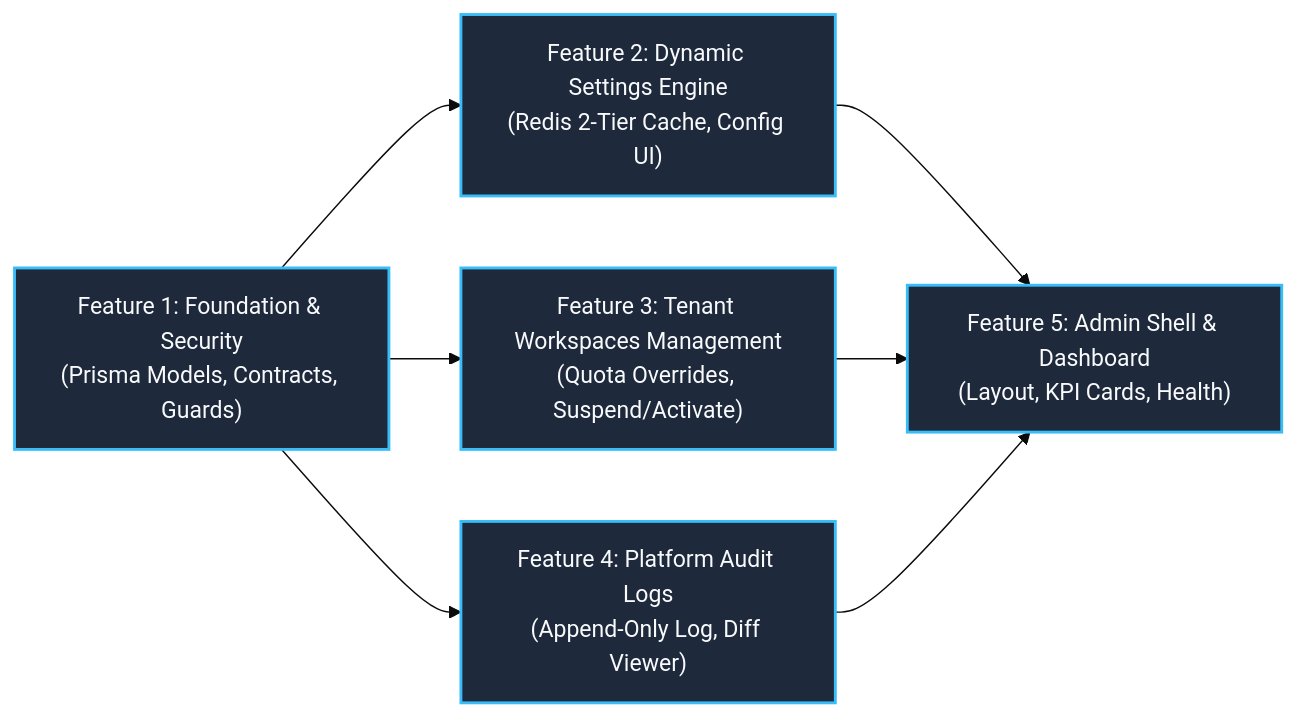
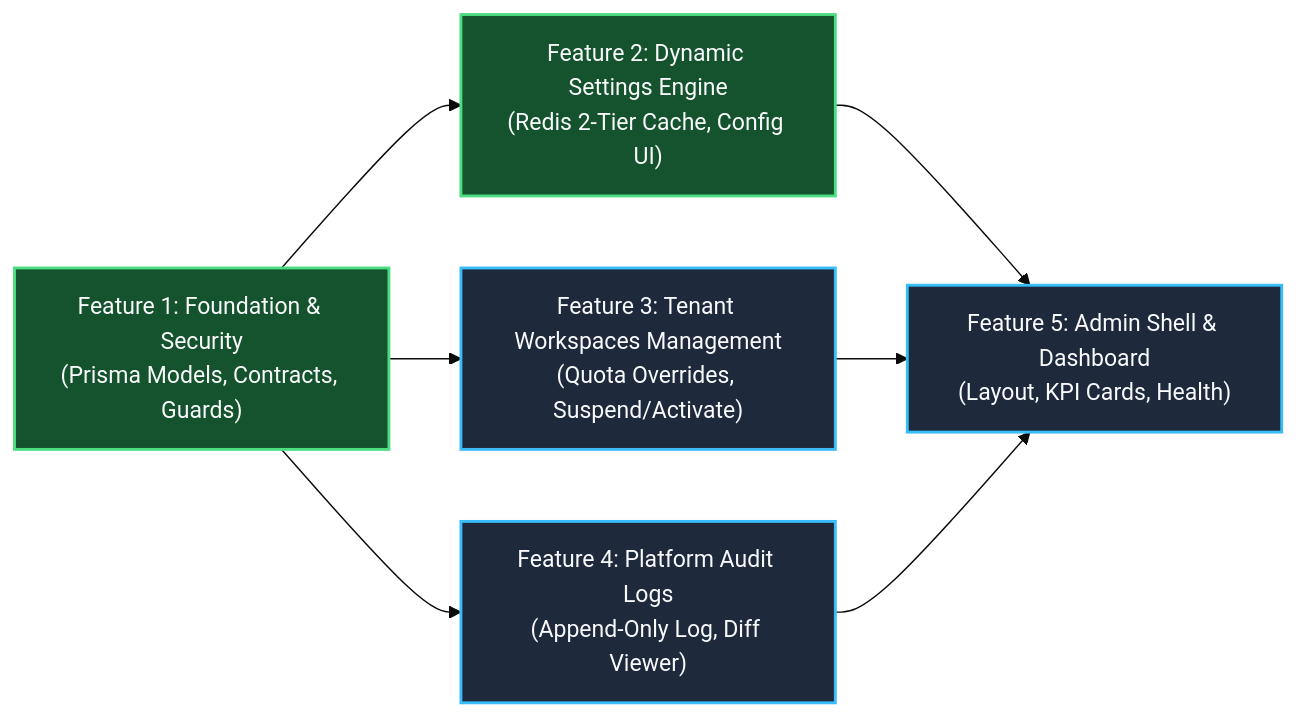
The diagram in docs/backlog/epic-super-admin.md (Mkhai205/sales-copilot), drawn with Mermaid (base theme) before and after one commit. The commit also changed other lines of this file and 17 other files, not shown here.

Commit message:
feat: Feature 2: Dynamic System Settings & 2-Tier Caching Engine (Khối B)

````diff
--- a/docs/backlog/epic-super-admin.md
+++ b/docs/backlog/epic-super-admin.md
@@ -23,17 +23,17 @@
 ```mermaid
 graph LR
     classDef done fill:#14532d,stroke:#4ade80,stroke-width:2px,color:#f8fafc;
     classDef active fill:#1e293b,stroke:#38bdf8,stroke-width:2px,color:#f8fafc;
     classDef future fill:#334155,stroke:#94a3b8,stroke-width:1px,color:#cbd5e1;
 
-    F1["Feature 1: Foundation & Security<br/>(Prisma Models, Contracts, Guards)"]:::active
-    F2["Feature 2: Dynamic Settings Engine<br/>(Redis 2-Tier Cache, Config UI)"]:::active
+    F1["Feature 1: Foundation & Security<br/>(Prisma Models, Contracts, Guards)"]:::done
+    F2["Feature 2: Dynamic Settings Engine<br/>(Redis 2-Tier Cache, Config UI)"]:::done
     F3["Feature 3: Tenant Workspaces Management<br/>(Quota Overrides, Suspend/Activate)"]:::active
     F4["Feature 4: Platform Audit Logs<br/>(Append-Only Log, Diff Viewer)"]:::active
     F5["Feature 5: Admin Shell & Dashboard<br/>(Layout, KPI Cards, Health)"]:::active
 
     F1 --> F2
     F1 --> F3
     F1 --> F4
     F2 & F3 & F4 --> F5
 ```
````
